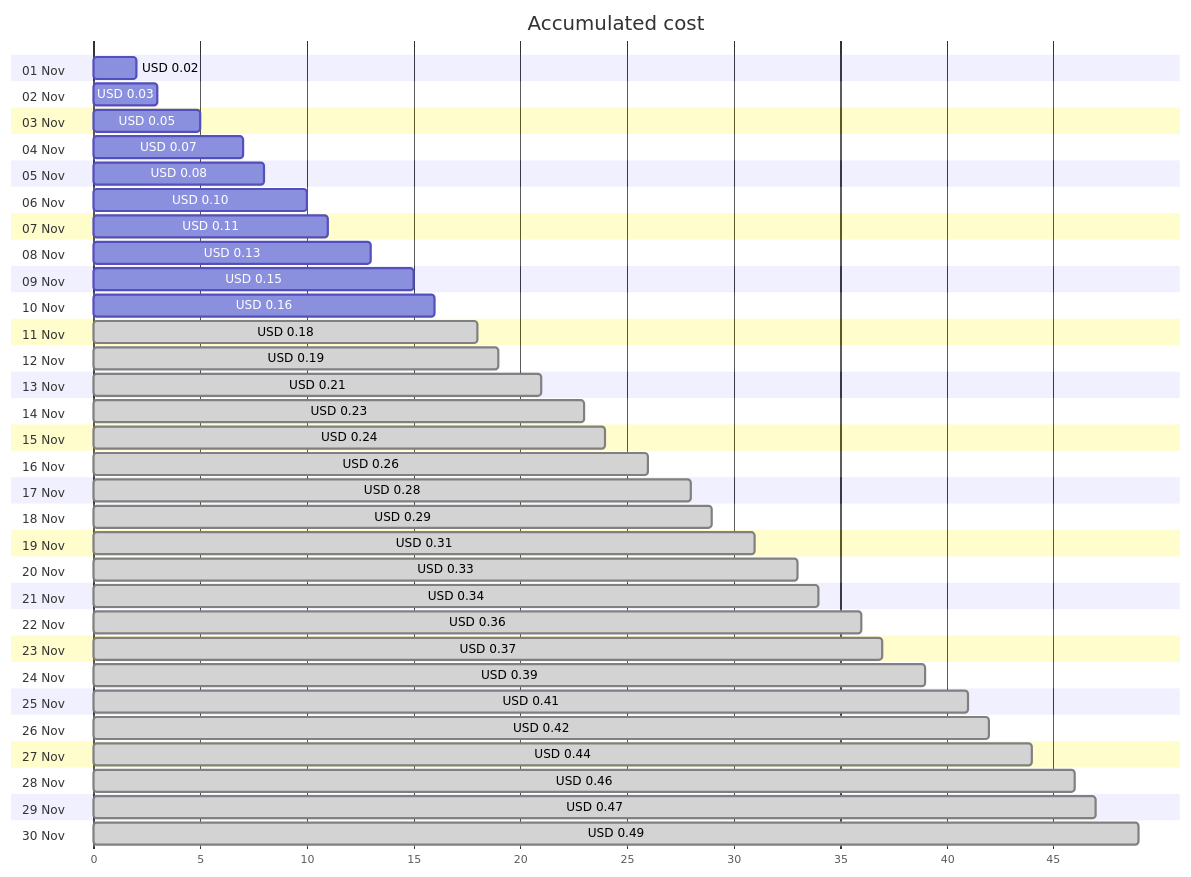
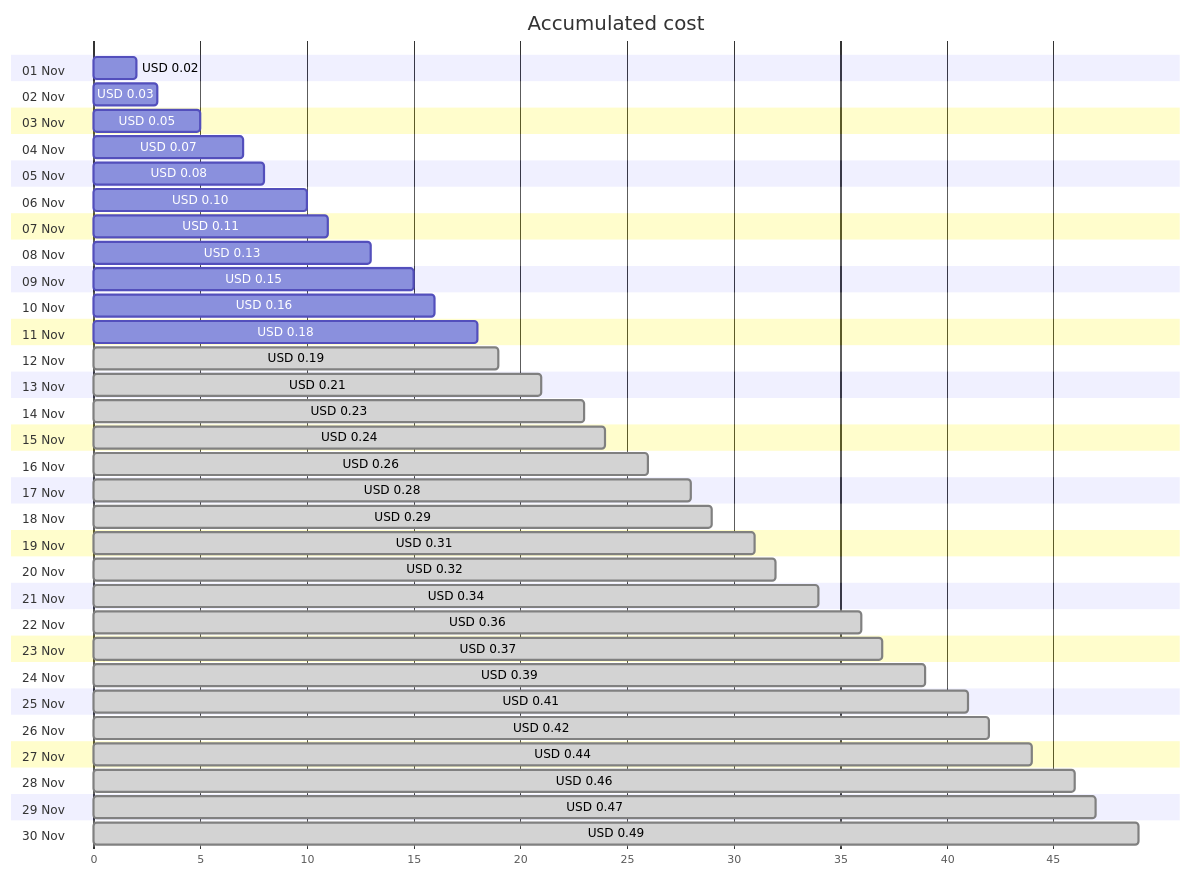
Before and after one commit to jpfulton/azure-personal-reports: the first of 4 diagrams in cost-reports/personal-dns/jpatrickfulton.com.md, drawn with Mermaid. The commit also changed other lines of this file and 2 other files, not shown here.

````diff
--- a/cost-reports/personal-dns/jpatrickfulton.com.md
+++ b/cost-reports/personal-dns/jpatrickfulton.com.md
@@ -20,66 +20,66 @@
 ```mermaid
 gantt
    title Accumulated cost
    dateFormat  X
    axisFormat %s
    section 01 Nov
    USD 0.02 :0, 2
    section 02 Nov
    USD 0.03 :0, 3
    section 03 Nov
    USD 0.05 :0, 5
    section 04 Nov
    USD 0.07 :0, 7
    section 05 Nov
    USD 0.08 :0, 8
    section 06 Nov
    USD 0.10 :0, 10
    section 07 Nov
    USD 0.11 :0, 11
    section 08 Nov
    USD 0.13 :0, 13
    section 09 Nov
    USD 0.15 :0, 15
    section 10 Nov
    USD 0.16 :0, 16
    section 11 Nov
-   USD 0.18 : done, 0, 18
+   USD 0.18 :0, 18
    section 12 Nov
    USD 0.19 : done, 0, 19
    section 13 Nov
    USD 0.21 : done, 0, 21
    section 14 Nov
    USD 0.23 : done, 0, 23
    section 15 Nov
    USD 0.24 : done, 0, 24
    section 16 Nov
    USD 0.26 : done, 0, 26
    section 17 Nov
    USD 0.28 : done, 0, 28
    section 18 Nov
    USD 0.29 : done, 0, 29
    section 19 Nov
    USD 0.31 : done, 0, 31
    section 20 Nov
-   USD 0.33 : done, 0, 33
+   USD 0.32 : done, 0, 32
    section 21 Nov
    USD 0.34 : done, 0, 34
    section 22 Nov
    USD 0.36 : done, 0, 36
    section 23 Nov
    USD 0.37 : done, 0, 37
    section 24 Nov
    USD 0.39 : done, 0, 39
    section 25 Nov
    USD 0.41 : done, 0, 41
    section 26 Nov
    USD 0.42 : done, 0, 42
    section 27 Nov
    USD 0.44 : done, 0, 44
    section 28 Nov
    USD 0.46 : done, 0, 46
    section 29 Nov
    USD 0.47 : done, 0, 47
    section 30 Nov
    USD 0.49 : done, 0, 49
 ```
````
